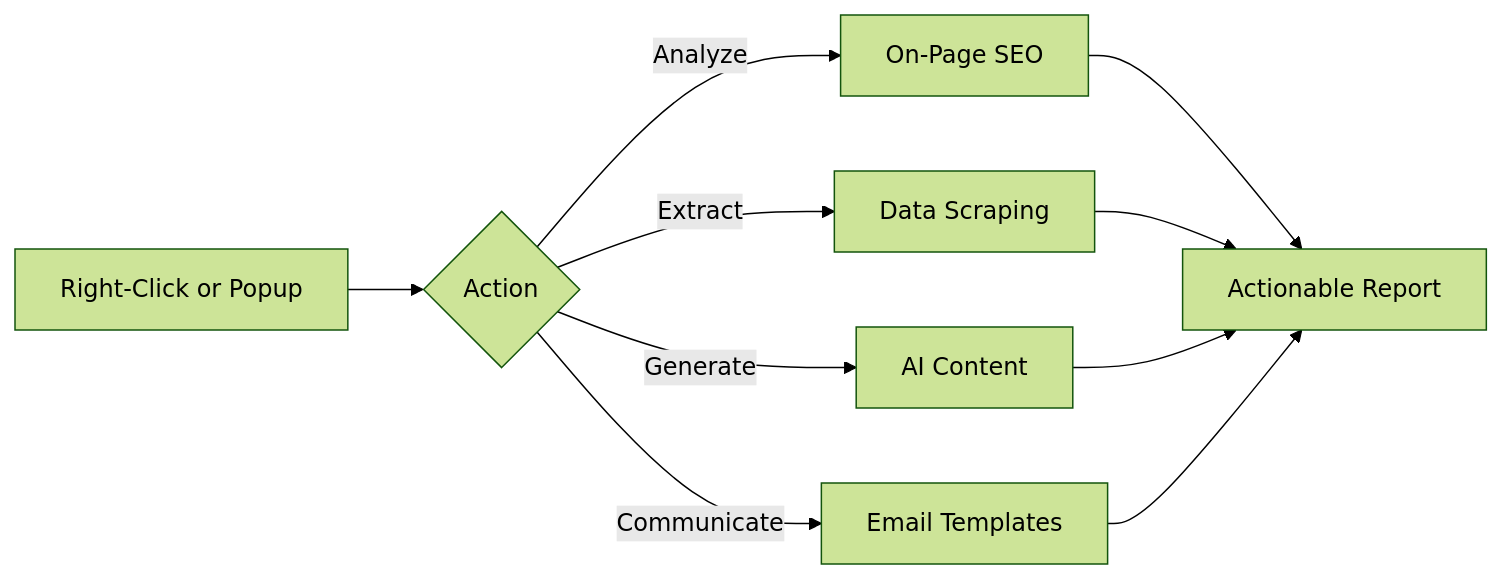
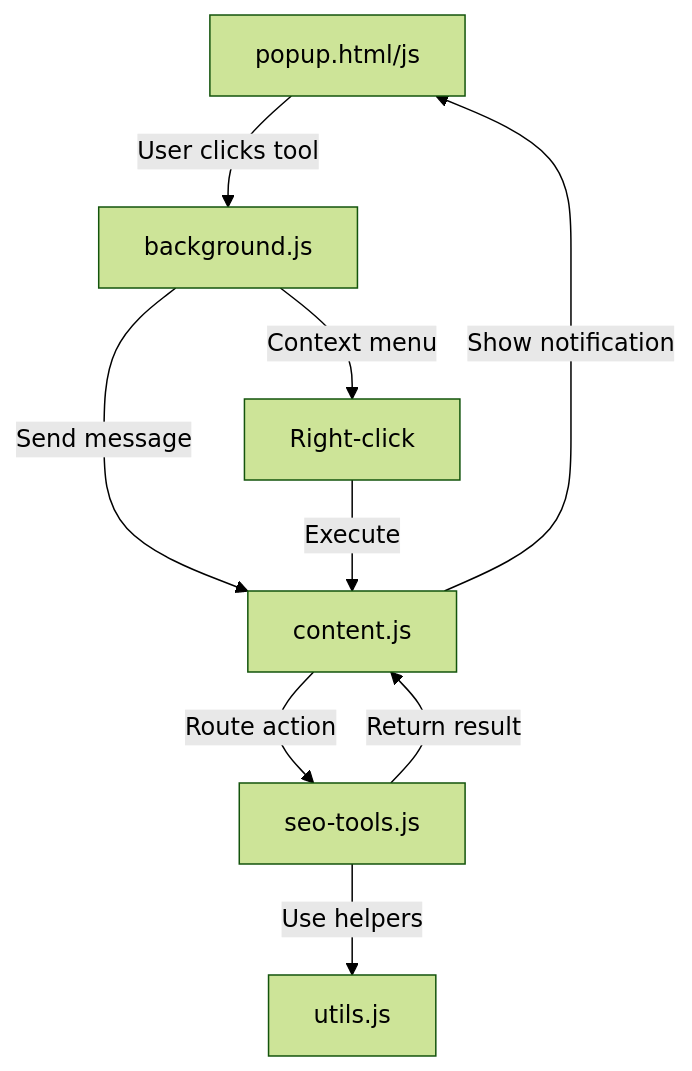
One commit to jerzycinense1-lab/Seo-tools changed the diagram in README.md. Above: the diagram before and after it, drawn with Mermaid (forest theme). The commit also changed other lines of this file and 8 other files, not shown here.

````diff
--- a/README.md
+++ b/README.md
@@ -58,12 +188,11 @@
 ```mermaid
-graph LR
-    A[Right-Click or Popup] --> B{Action}
-    B -->|Analyze| C[On-Page SEO]
-    B -->|Extract| D[Data Scraping]
-    B -->|Generate| E[AI Content]
-    B -->|Communicate| F[Email Templates]
-    C --> G[Actionable Report]
-    D --> G
-    E --> G
-    F --> G
+graph TD
+    A[popup.html/js] -->|User clicks tool| B[background.js]
+    B -->|Send message| C[content.js]
+    C -->|Route action| D[seo-tools.js]
+    D -->|Use helpers| E[utils.js]
+    D -->|Return result| C
+    C -->|Show notification| A
+    B -->|Context menu| F[Right-click]
+    F -->|Execute| C
 ```
````
